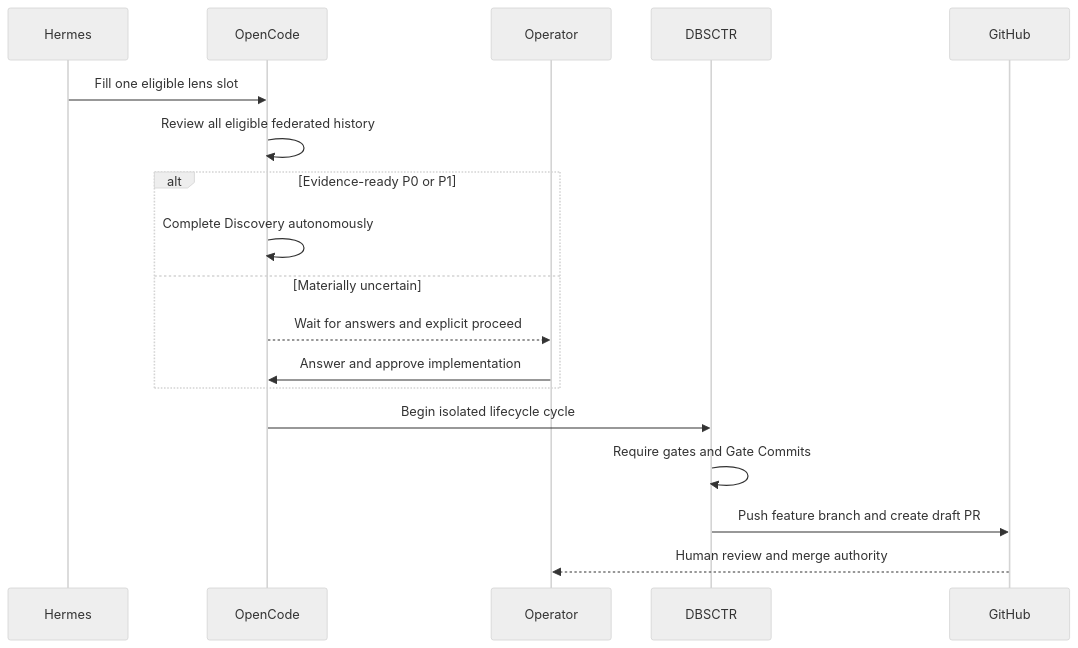
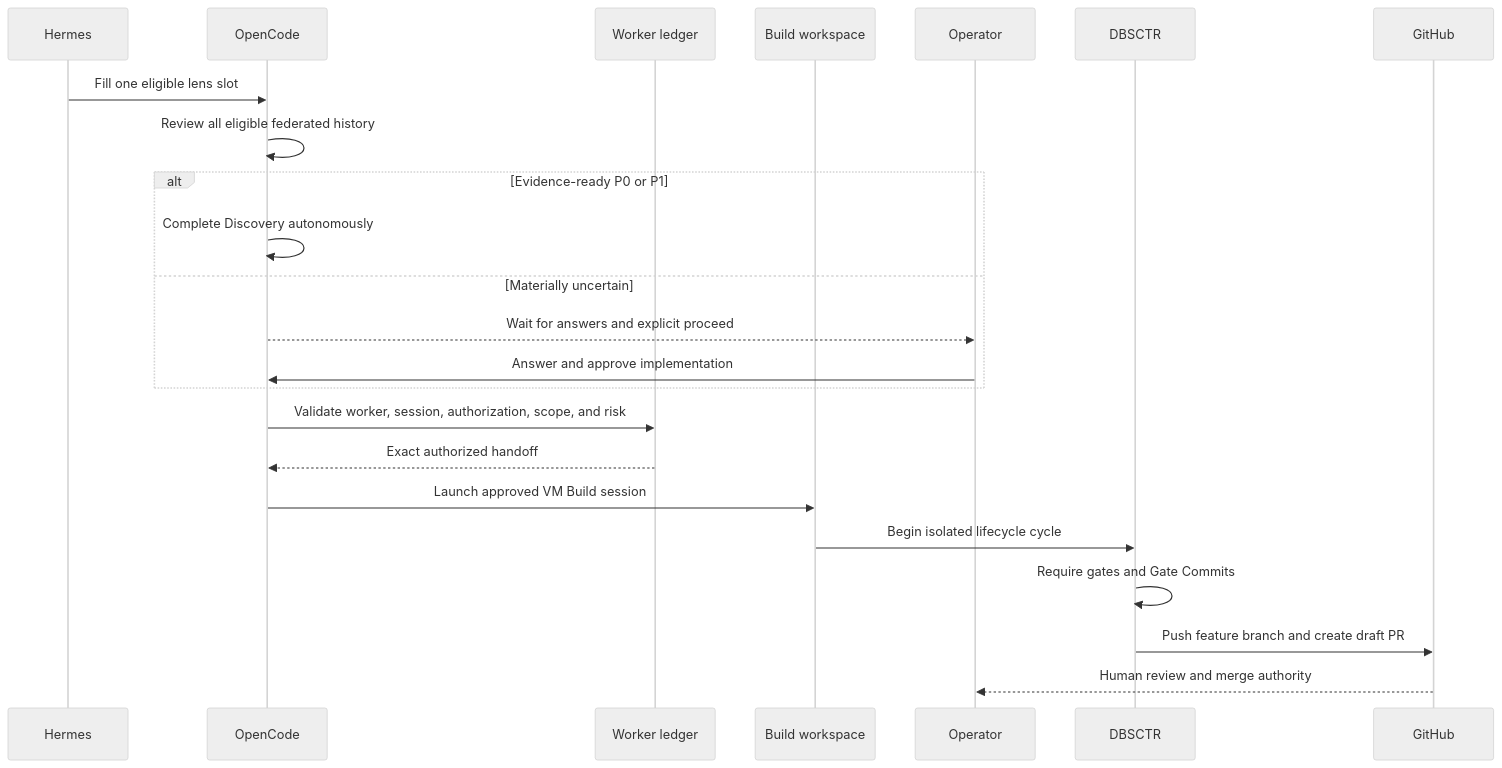
Before and after one commit to Saltiola7/dotfiles-ai: the second of 2 diagrams in docs/specs/dotfiles_ai_distribution/README.md, drawn with Mermaid (neutral theme). The commit also changed other lines of this file and 1 other file, not shown here.

Commit message:
docs(handoff): bind VM launch authority

````diff
--- a/docs/specs/dotfiles_ai_distribution/README.md
+++ b/docs/specs/dotfiles_ai_distribution/README.md
@@ -353,22 +354,27 @@
 ```mermaid
 sequenceDiagram
     accTitle: Autonomous improvement approval and delivery
     accDescr: Hermes continuously fills eligible lens slots, OpenCode may autonomously implement evidence-ready P0 and P1 work in isolation, uncertain work waits for the operator, and DBSCTR can publish only a feature branch and draft pull request.
     participant H as Hermes
     participant O as OpenCode
+    participant L as Worker ledger
+    participant V as Build workspace
     participant U as Operator
     participant D as DBSCTR
     participant G as GitHub
     H->>O: Fill one eligible lens slot
     O->>O: Review all eligible federated history
     alt Evidence-ready P0 or P1
         O->>O: Complete Discovery autonomously
     else Materially uncertain
         O-->>U: Wait for answers and explicit proceed
         U->>O: Answer and approve implementation
     end
-    O->>D: Begin isolated lifecycle cycle
+    O->>L: Validate worker, session, authorization, scope, and risk
+    L-->>O: Exact authorized handoff
+    O->>V: Launch approved VM Build session
+    V->>D: Begin isolated lifecycle cycle
     D->>D: Require gates and Gate Commits
     D->>G: Push feature branch and create draft PR
     G-->>U: Human review and merge authority
 ```
````
